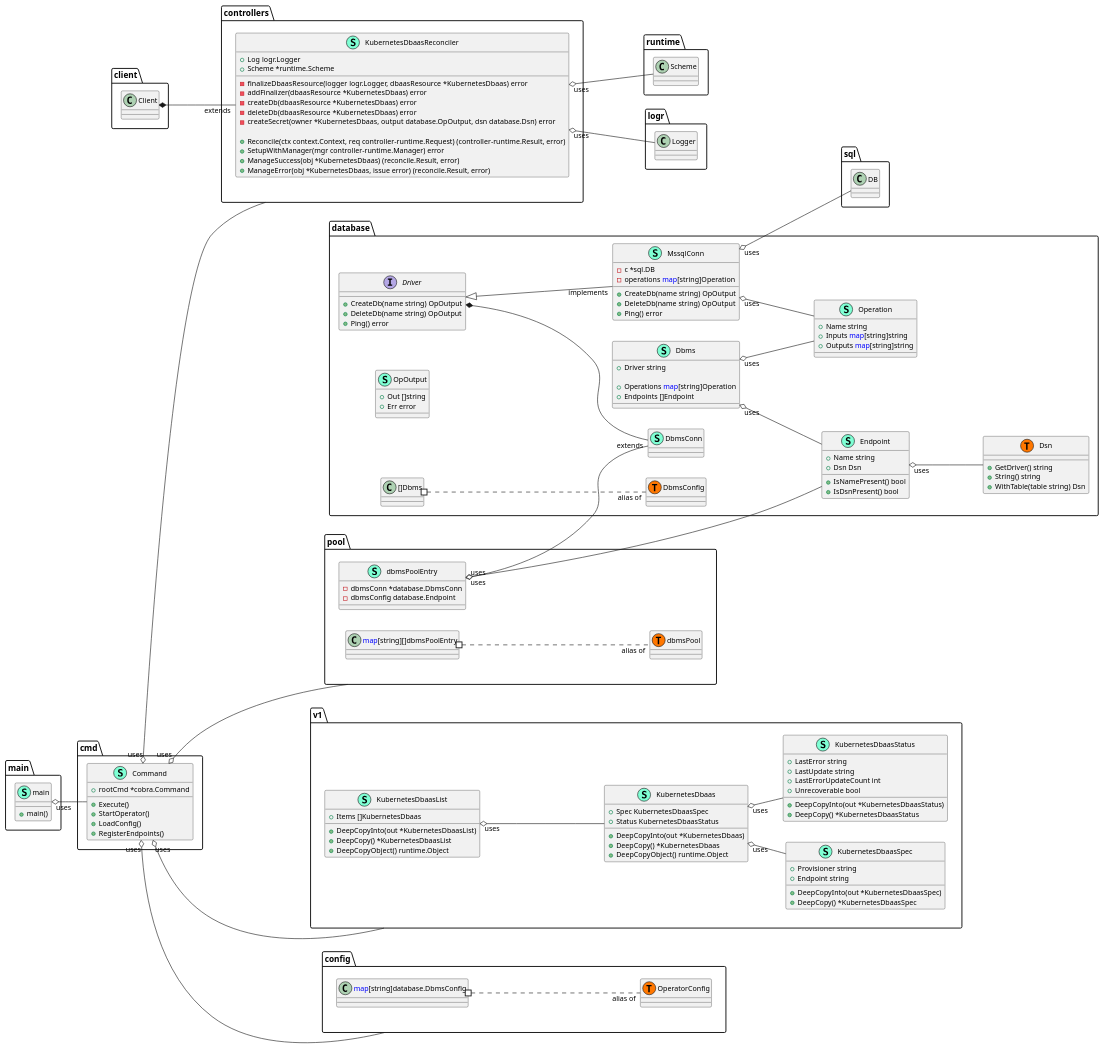
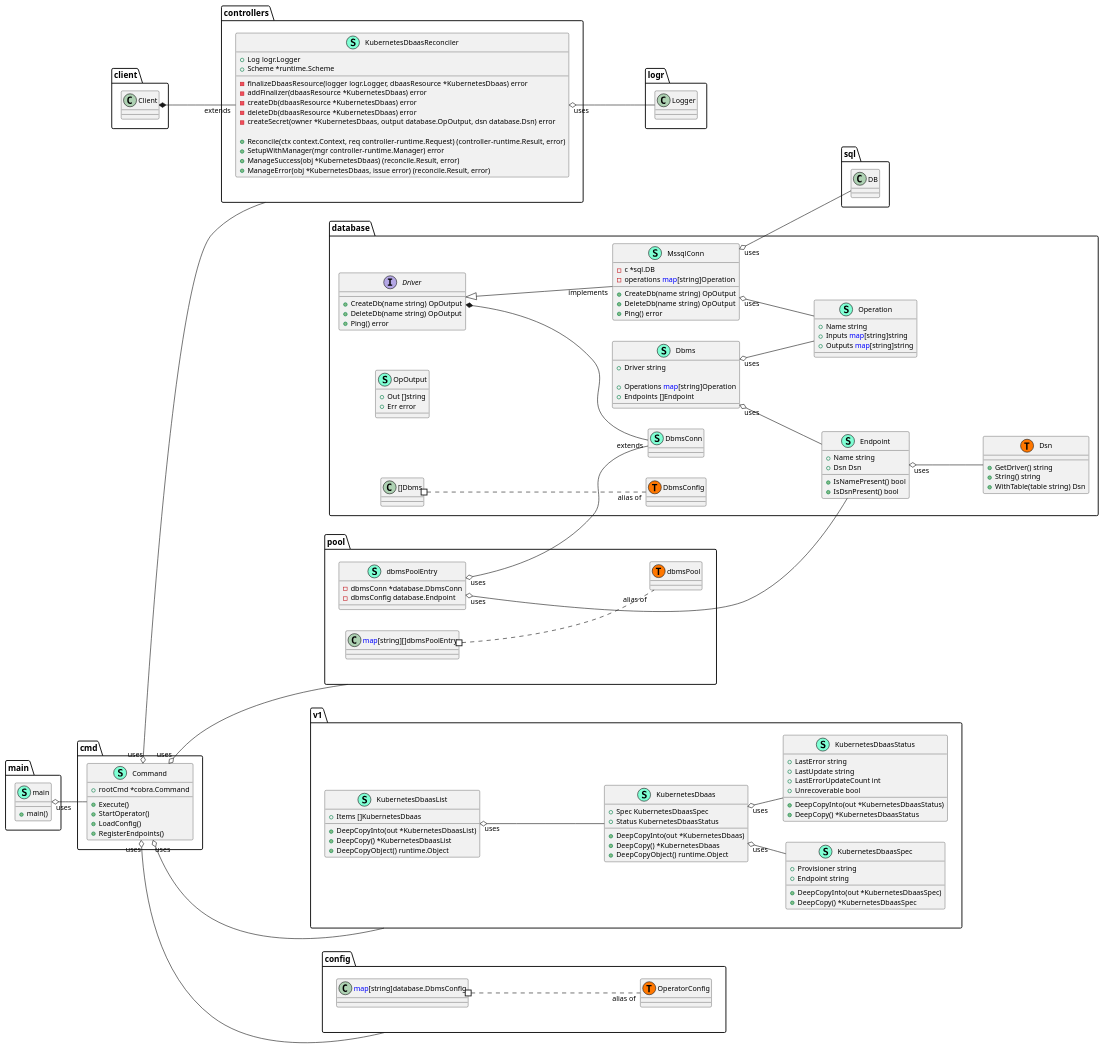
The diagram in docs/resources/system_arch_diag.puml (criscola/kubernetes-dbaas), drawn with PlantUML before and after one commit.

Commit message:
Update system architecture diagram

```diff
--- a/docs/resources/system_arch_diag.puml
+++ b/docs/resources/system_arch_diag.puml
@@ -1,190 +1,189 @@
 @startuml
 skinparam linetype ortho
 left to right direction
 skinparam classArrowFontSize 12
 skinparam classAttributeFontSize  12
 skinparam linetype linear
 
 namespace config {
     class config.OperatorConfig << (T, #FF7700) >>  {
     }
     class "<font color=blue>map</font>[string]database.DbmsConfig" as fontcolorbluemapfontstringdatabaseDbmsConfig {
         'This class was created so that we can correctly have an alias pointing to this name. Since it contains dots that can break namespaces
     }
 }
 
 
 
 namespace controllers {
     class KubernetesDbaasReconciler << (S,Aquamarine) >> {
         + Log logr.Logger
         + Scheme *runtime.Scheme
 
         - finalizeDbaasResource(logger logr.Logger, dbaasResource *KubernetesDbaas) error
         - addFinalizer(dbaasResource *KubernetesDbaas) error
         - createDb(dbaasResource *KubernetesDbaas) error
         - deleteDb(dbaasResource *KubernetesDbaas) error
         - createSecret(owner *KubernetesDbaas, output database.OpOutput, dsn database.Dsn) error
 
         + Reconcile(ctx context.Context, req controller-runtime.Request) (controller-runtime.Result, error)
         + SetupWithManager(mgr controller-runtime.Manager) error
         + ManageSuccess(obj *KubernetesDbaas) (reconcile.Result, error)
         + ManageError(obj *KubernetesDbaas, issue error) (reconcile.Result, error)
 
     }
 }
 "client.Client" *-- "extends""controllers.KubernetesDbaasReconciler"
 
 
 "controllers.KubernetesDbaasReconciler""uses" o-- "logr.Logger"
-"controllers.KubernetesDbaasReconciler""uses" o-- "runtime.Scheme"
 
 namespace database {
     class Dbms << (S,Aquamarine) >> {
         + Driver string
 
         + Operations <font color=blue>map</font>[string]Operation
         + Endpoints []Endpoint
 
     }
     class DbmsConn << (S,Aquamarine) >> {
     }
     interface Driver  {
         + CreateDb(name string) OpOutput
         + DeleteDb(name string) OpOutput
         + Ping() error
 
     }
     class Dsn << (S,Aquamarine) >> {
         + GetDriver() string
         + String() string
         + WithTable(table string) Dsn
 
     }
     class Endpoint << (S,Aquamarine) >> {
         + Name string
         + Dsn Dsn
 
         + IsNamePresent() bool
         + IsDsnPresent() bool
 
     }
     class MssqlConn << (S,Aquamarine) >> {
         - c *sql.DB
         - operations <font color=blue>map</font>[string]Operation
 
         + CreateDb(name string) OpOutput
         + DeleteDb(name string) OpOutput
         + Ping() error
 
     }
     class OpOutput << (S,Aquamarine) >> {
         + Out []string
         + Err error
 
     }
     class Operation << (S,Aquamarine) >> {
         + Name string
         + Inputs <font color=blue>map</font>[string]string
         + Outputs <font color=blue>map</font>[string]string
 
     }
     class database.DbmsConfig << (T, #FF7700) >>  {
     }
     class database.Dsn << (T, #FF7700) >>  {
     }
 }
 "database.Driver" *-- "extends""database.DbmsConn"
 
 "database.Driver" <|-- "implements""database.MssqlConn"
 
 
 "database.Dbms""uses" o-- "database.Endpoint"
 "database.Dbms""uses" o-- "database.Operation"
 "database.Endpoint""uses" o-- "database.Dsn"
 "database.MssqlConn""uses" o-- "database.Operation"
 "database.MssqlConn""uses" o-- "sql.DB"
 
 namespace pool {
     class dbmsPoolEntry << (S,Aquamarine) >> {
         - dbmsConn *database.DbmsConn
         - dbmsConfig database.Endpoint
 
     }
     class pool.dbmsPool << (T, #FF7700) >>  {
     }
 }
 
 
 "pool.dbmsPoolEntry""uses" o-- "database.DbmsConn"
 "pool.dbmsPoolEntry""uses" o-- "database.Endpoint"
 
 namespace v1 {
     class KubernetesDbaas << (S,Aquamarine) >> {
         + Spec KubernetesDbaasSpec
         + Status KubernetesDbaasStatus
 
         + DeepCopyInto(out *KubernetesDbaas) 
         + DeepCopy() *KubernetesDbaas
         + DeepCopyObject() runtime.Object
 
     }
     class KubernetesDbaasList << (S,Aquamarine) >> {
         + Items []KubernetesDbaas
 
         + DeepCopyInto(out *KubernetesDbaasList) 
         + DeepCopy() *KubernetesDbaasList
         + DeepCopyObject() runtime.Object
 
     }
     class KubernetesDbaasSpec << (S,Aquamarine) >> {
         + Provisioner string
         + Endpoint string
 
         + DeepCopyInto(out *KubernetesDbaasSpec) 
         + DeepCopy() *KubernetesDbaasSpec
 
     }
     class KubernetesDbaasStatus << (S,Aquamarine) >> {
         + LastError string
         + LastUpdate string
         + LastErrorUpdateCount int
         + Unrecoverable bool
 
         + DeepCopyInto(out *KubernetesDbaasStatus) 
         + DeepCopy() *KubernetesDbaasStatus
 
     }
 }
 
 namespace cmd {
     class Command << (S,Aquamarine) >> {
         + rootCmd *cobra.Command
 
         + Execute()
         + StartOperator()
         + LoadConfig()
         + RegisterEndpoints()
     }
 }
 
 namespace main {
     class main << (S,Aquamarine) >> {
         + main()
     }
 }
 
 "main.main""uses" o-- "cmd.Command"
 "cmd.Command""uses" o-- "config"
 "cmd.Command""uses" o-- "pool"
 "cmd.Command""uses" o-- "controllers"
 "cmd.Command""uses" o-- "v1"
 
 "v1.KubernetesDbaas""uses" o-- "v1.KubernetesDbaasSpec"
 "v1.KubernetesDbaas""uses" o-- "v1.KubernetesDbaasStatus"
 "v1.KubernetesDbaasList""uses" o-- "v1.KubernetesDbaas"
 
 "config.fontcolorbluemapfontstringdatabaseDbmsConfig" #.. "alias of""config.OperatorConfig"
 "database.[]Dbms" #.. "alias of""database.DbmsConfig"
 "pool.<font color=blue>map</font>[string][]dbmsPoolEntry" #.. "alias of""pool.dbmsPool"
 @enduml
```
